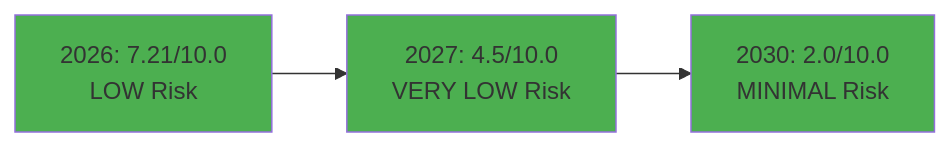
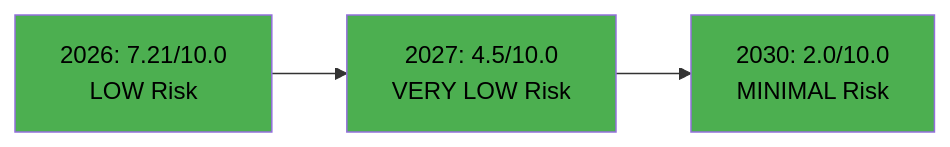
One commit to Hack23/riksdagsmonitor changed the ninth of 9 diagrams in FUTURE_SECURITY_ARCHITECTURE.md. Above: the diagram before and after it, drawn with Mermaid. The commit also changed other lines of this file and 11 other files, not shown here.

First line of the commit message:
Fix broken mermaid diagrams: SWOT gantt, quadrantChart theming, init quotes, text colors

````diff
--- a/FUTURE_SECURITY_ARCHITECTURE.md
+++ b/FUTURE_SECURITY_ARCHITECTURE.md
@@ -714,9 +714,9 @@
 ```mermaid
 graph LR
     Current[2026: 7.21/10.0<br/>LOW Risk] --> Enhanced[2027: 4.5/10.0<br/>VERY LOW Risk]
     Enhanced --> Optimized[2030: 2.0/10.0<br/>MINIMAL Risk]
     
-    style Current fill:#4caf50
-    style Enhanced fill:#4caf50
-    style Optimized fill:#4caf50
+    style Current fill:#4caf50,color:#000000
+    style Enhanced fill:#4caf50,color:#000000
+    style Optimized fill:#4caf50,color:#000000
 ```
````
